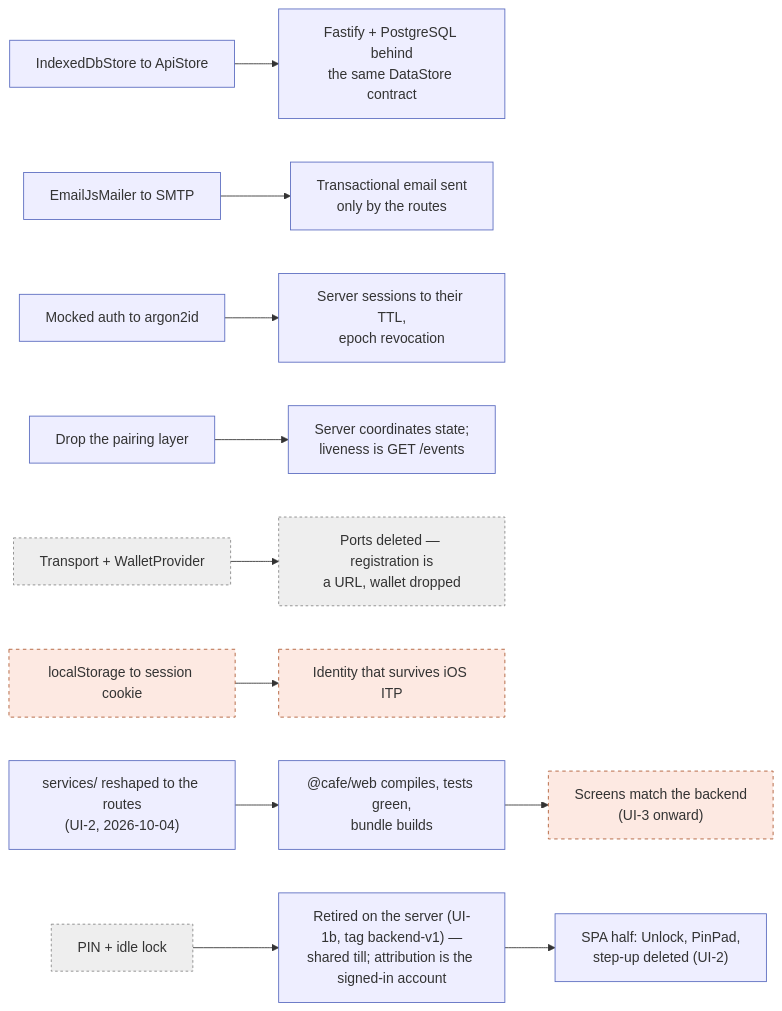
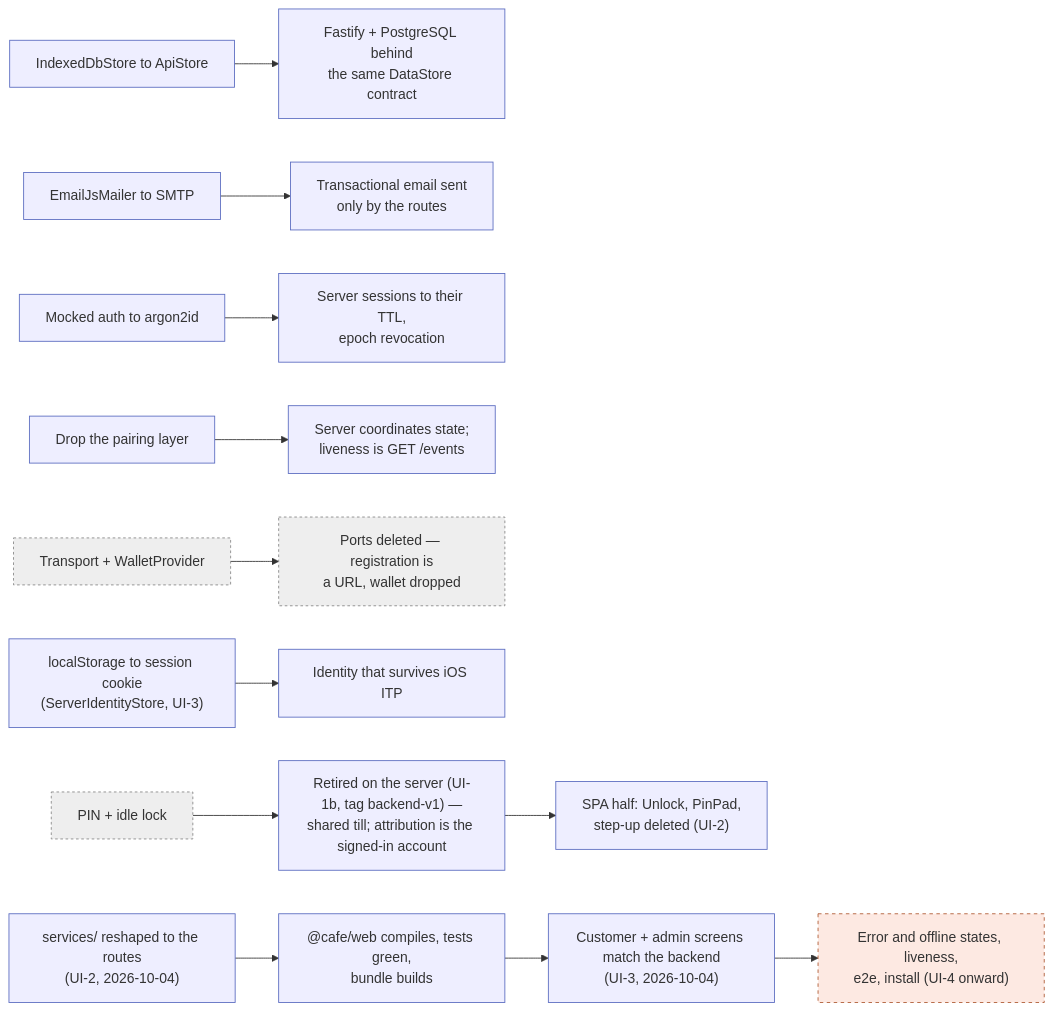
Before and after one commit to misch0n/loyalty-system: the sixth of 6 diagrams in README.md, drawn with Mermaid. The commit also changed other lines of this file and 50 other files, not shown here.

First line of the commit message:
feat(web): UI-3 — screens whose behaviour the backend changed

````diff
--- a/README.md
+++ b/README.md
@@ -554,17 +566,18 @@
 ```mermaid
 flowchart LR
     A["IndexedDbStore to ApiStore"]:::done --> B["Fastify + PostgreSQL behind<br/>the same DataStore contract"]:::done
     E["EmailJsMailer to SMTP"]:::done --> F["Transactional email sent<br/>only by the routes"]:::done
     K["Mocked auth to argon2id"]:::done --> L["Server sessions to their TTL,<br/>epoch revocation"]:::done
     M["Drop the pairing layer"]:::done --> N["Server coordinates state;<br/>liveness is GET /events"]:::done
     O["Transport + WalletProvider"]:::cut --> P["Ports deleted — registration is<br/>a URL, wallet dropped"]:::cut
-    G["localStorage to session cookie"]:::todo --> H["Identity that survives iOS ITP"]:::todo
+    G["localStorage to session cookie<br/>(ServerIdentityStore, UI-3)"]:::done --> H["Identity that survives iOS ITP"]:::done
     Q["services/ reshaped to the routes<br/>(UI-2, 2026-10-04)"]:::done --> R["@cafe/web compiles, tests green,<br/>bundle builds"]:::done
     S["PIN + idle lock"]:::cut --> T["Retired on the server (UI-1b, tag backend-v1) —<br/>shared till; attribution is the signed-in account"]:::done
     T --> U["SPA half: Unlock, PinPad,<br/>step-up deleted (UI-2)"]:::done
-    R --> V["Screens match the backend<br/>(UI-3 onward)"]:::todo
+    R --> W["Customer + admin screens match the backend<br/>(UI-3, 2026-10-04)"]:::done
+    W --> V["Error and offline states, liveness,<br/>e2e, install (UI-4 onward)"]:::todo
 
     classDef done fill:#eef,stroke:#5b6cc0;
     classDef cut fill:#eee,stroke:#888,stroke-dasharray:3;
     classDef todo fill:#fde9e2,stroke:#af5a33,stroke-dasharray:4;
 ```
````
